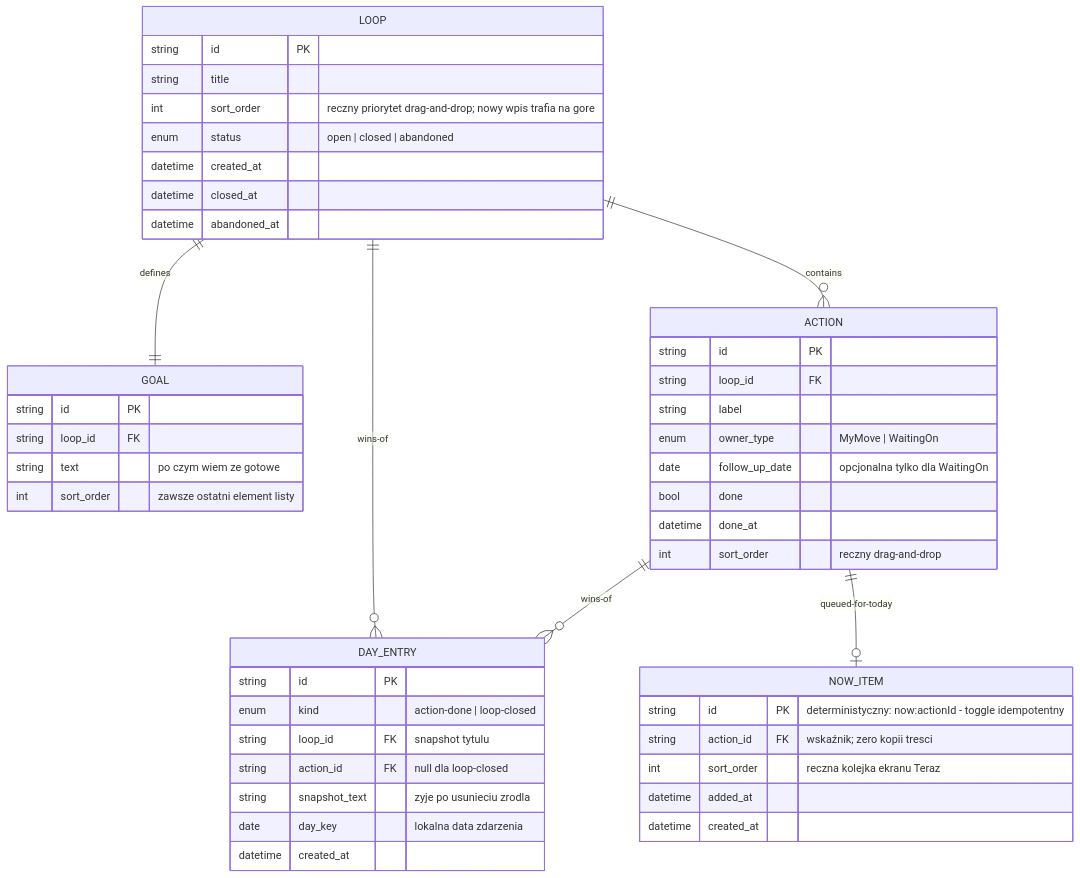
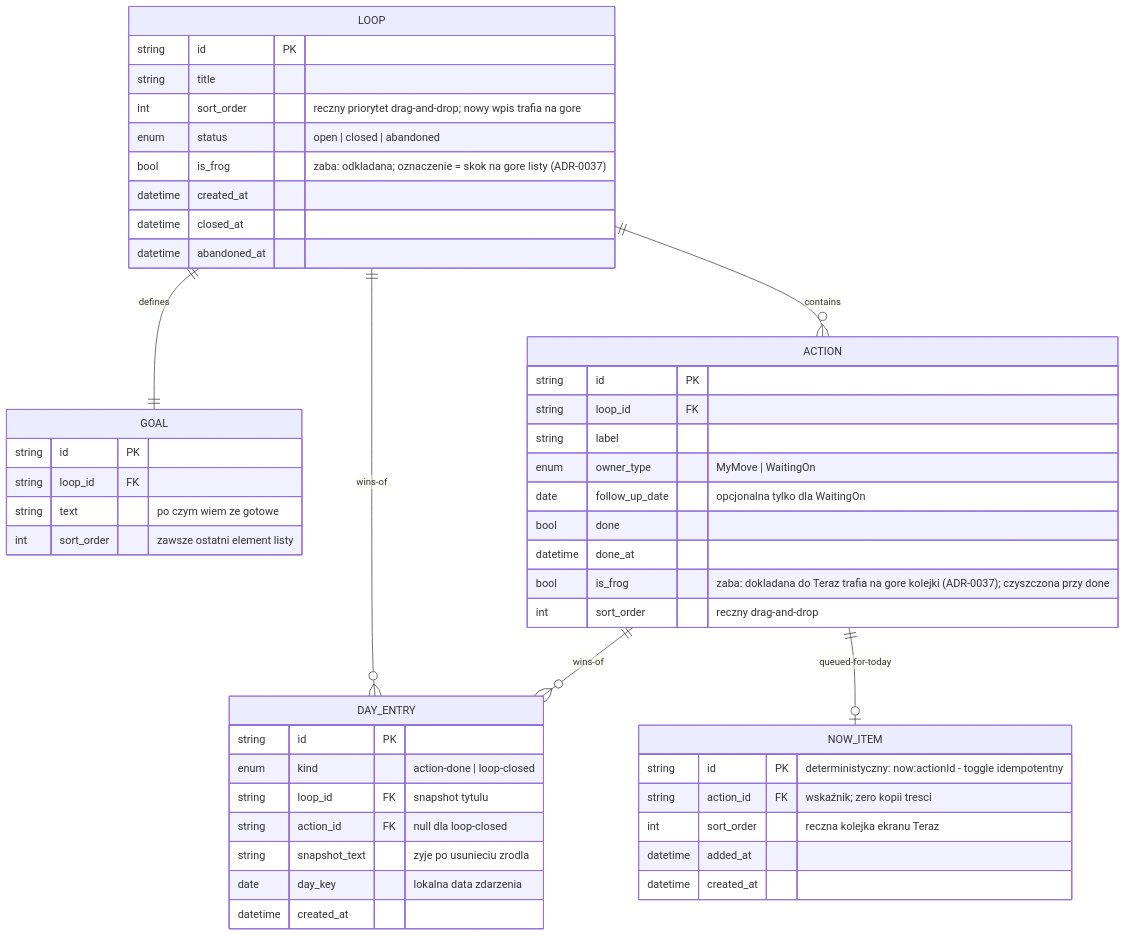
The diagram in docs/ENTITY_MAP.md (marekbrze/openloops), drawn with Mermaid before and after one commit. The commit also changed other lines of this file and 18 other files, not shown here.

Commit message:
proto:feat(now,workbench,tasks): zaba (Eat That Frog) - oznaczanie odkladanych zadan i watkow, skok na gore kolejki/listy, zielony FrogIcon (ADR-0037)

````diff
--- a/docs/ENTITY_MAP.md
+++ b/docs/ENTITY_MAP.md
@@ -5,50 +5,52 @@
 ```mermaid
 erDiagram
     LOOP ||--|| GOAL : "defines"
     LOOP ||--o{ ACTION : "contains"
     LOOP ||--o{ DAY_ENTRY : "wins-of"
     ACTION ||--o{ DAY_ENTRY : "wins-of"
     ACTION ||--o| NOW_ITEM : "queued-for-today"
 
     LOOP {
         string id PK
         string title
         int sort_order "reczny priorytet drag-and-drop; nowy wpis trafia na gore"
         enum status "open | closed | abandoned"
+        bool is_frog "zaba: odkladana; oznaczenie = skok na gore listy (ADR-0037)"
         datetime created_at
         datetime closed_at
         datetime abandoned_at
     }
     GOAL {
         string id PK
         string loop_id FK
         string text "po czym wiem ze gotowe"
         int sort_order "zawsze ostatni element listy"
     }
     ACTION {
         string id PK
         string loop_id FK
         string label
         enum owner_type "MyMove | WaitingOn"
         date follow_up_date "opcjonalna tylko dla WaitingOn"
         bool done
         datetime done_at
+        bool is_frog "zaba: dokladana do Teraz trafia na gore kolejki (ADR-0037); czyszczona przy done"
         int sort_order "reczny drag-and-drop"
     }
     DAY_ENTRY {
         string id PK
         enum kind "action-done | loop-closed"
         string loop_id FK "snapshot tytulu"
         string action_id FK "null dla loop-closed"
         string snapshot_text "zyje po usunieciu zrodla"
         date day_key "lokalna data zdarzenia"
         datetime created_at
     }
     NOW_ITEM {
         string id PK "deterministyczny: now:actionId - toggle idempotentny"
         string action_id FK "wskaźnik; zero kopii tresci"
         int sort_order "reczna kolejka ekranu Teraz"
         datetime added_at
         datetime created_at
     }
 ```
````
